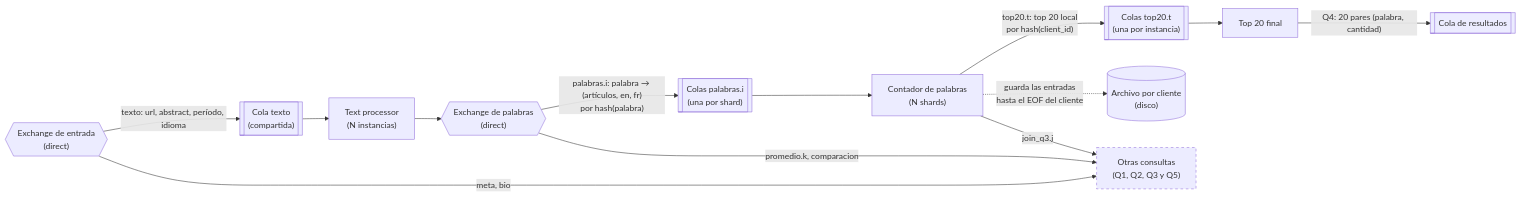
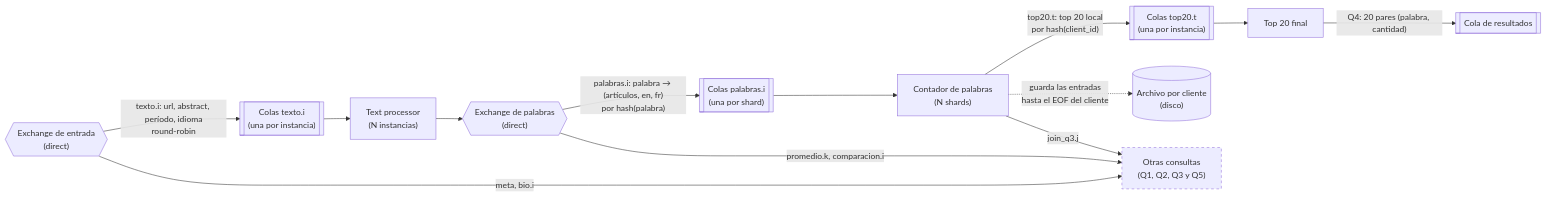
Before and after one commit to Cristobal710/tp-final-distribuidos: diagram 13 of 15 in diagramas/README.md, drawn with Mermaid. The commit also changed other lines of this file, not shown here.

````diff
--- a/diagramas/README.md
+++ b/diagramas/README.md
@@ -503,20 +504,20 @@
 ```mermaid
 flowchart LR
     EXE{{"Exchange de entrada<br/>(direct)"}}
-    EXE -- "texto: url, abstract, período, idioma" --> QTX[["Cola texto<br/>(compartida)"]]
+    EXE -- "texto.i: url, abstract, período, idioma<br/>round-robin" --> QTX[["Colas texto.i<br/>(una por instancia)"]]
     QTX --> TP["Text processor<br/>(N instancias)"]
     TP --> EXP{{"Exchange de palabras<br/>(direct)"}}
     EXP -- "palabras.i: palabra → (artículos, en, fr)<br/>por hash(palabra)" --> QW[["Colas palabras.i<br/>(una por shard)"]]
     QW --> WC["Contador de palabras<br/>(N shards)"]
     WC -- "top20.t: top 20 local<br/>por hash(client_id)" --> QTOP[["Colas top20.t<br/>(una por instancia)"]]
     QTOP --> TOP["Top 20 final"]
     TOP -- "Q4: 20 pares (palabra, cantidad)" --> QR[["Cola de resultados"]]
     WC -. "guarda las entradas<br/>hasta el EOF del cliente" .-> DWC[("Archivo por cliente<br/>(disco)")]
 
-    EXE -- "meta, bio" --> OTRAS["Otras consultas<br/>(Q1, Q2, Q3 y Q5)"]
-    EXP -- "promedio.k, comparacion" --> OTRAS
+    EXE -- "meta, bio.i" --> OTRAS["Otras consultas<br/>(Q1, Q2, Q3 y Q5)"]
+    EXP -- "promedio.k, comparacion.i" --> OTRAS
     WC -- "join_q3.j" --> OTRAS
 
     classDef resto stroke-dasharray: 5 5
     class OTRAS resto
 ```
````
